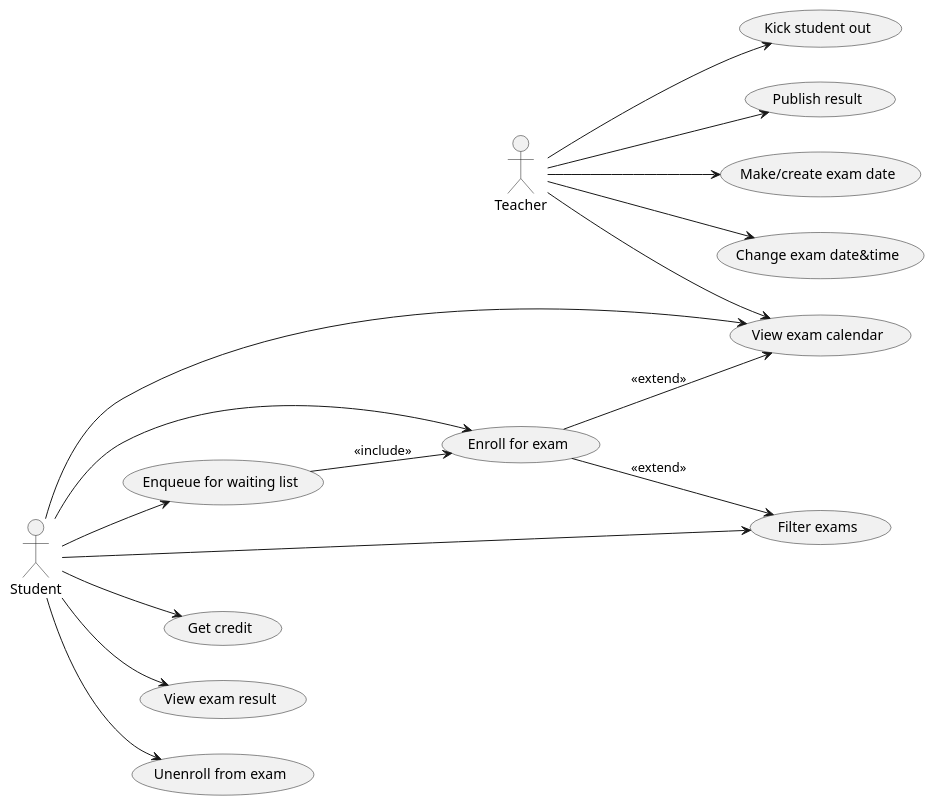
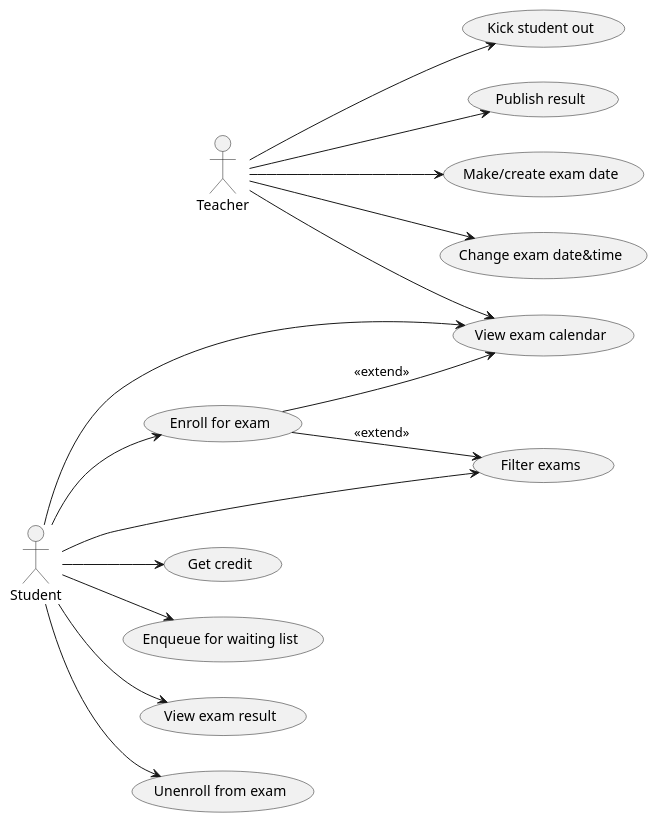
The diagram in uml/use-case-diagram.plantuml (Fundeluk/nswi041-exams), drawn with PlantUML before and after one commit. The commit also changed 4 other files, not shown here.

Commit message:
fix uml diagrams

```diff
--- a/uml/use-case-diagram.plantuml
+++ b/uml/use-case-diagram.plantuml
@@ -1,34 +1,33 @@
 @startuml UseCases
 left to right direction
 actor Student as s
 actor Teacher as t
 usecase "Enroll for exam" as SI
 usecase "Get credit" as GC1
 usecase "Enqueue for waiting list" as QWL1
 usecase "View exam calendar" as VEC1
 usecase "Filter exams" as FE1
 usecase "View exam result" as VER1
 usecase "Unenroll from exam" as SO1
 usecase "Kick student out" as KSO1
 usecase "Publish result" as PR
 usecase "Make/create exam date" as MED
 usecase "Change exam date&time" as CED
  
 s --> GC1
 s --> QWL1
 s --> VEC1
 s --> FE1
 s --> VER1
 s --> SO1
 s --> SI
 
-QWL1 --> SI : <<include>>
 SI --> VEC1 : <<extend>>
 SI --> FE1 : <<extend>>
 
 t --> KSO1
 t --> PR
 t --> MED
 t --> CED
 t --> VEC1
 @enduml
```
